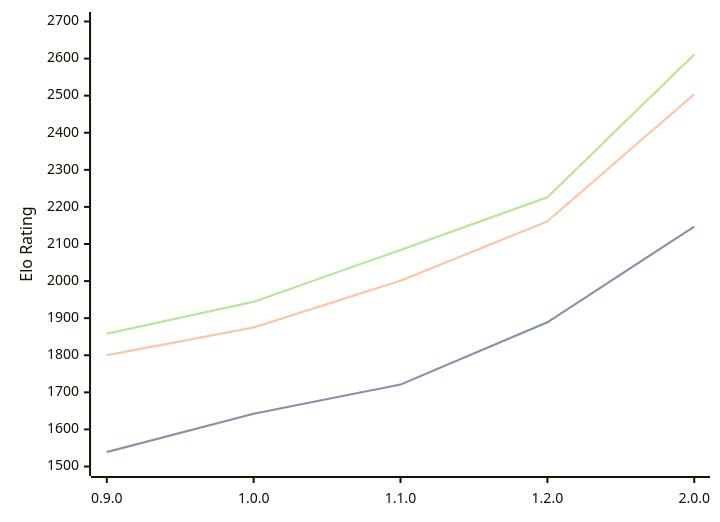
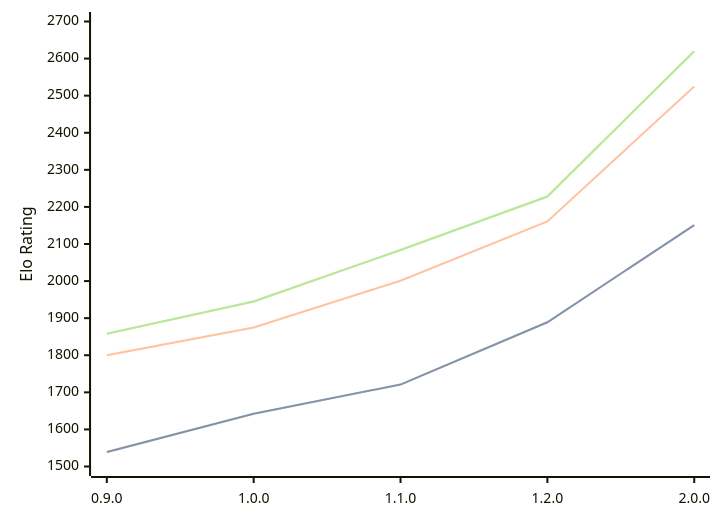
One commit to computer-chess-index/cci changed the third of 3 diagrams in engines/Ratsu.md. Above: the diagram before and after it, drawn with Mermaid. The commit also changed other lines of this file, not shown here.

Commit message:
Update CCI Ratings (ELO VLTC) - 2026-06-24

````diff
--- a/engines/Ratsu.md
+++ b/engines/Ratsu.md
@@ -68,11 +68,11 @@
 ```mermaid
 %%{init: {"theme":"base","themeVariables":{"seriesColors:['#a3a3a3','#222221','#faa371']}}}%%
 xychart-beta
   x-axis ["0.9.0", "1.0.0", "1.1.0", "1.2.0", "2.0.0"]
   y-axis "Elo Rating" 1500 --> 2700
-  line "STC (8.0+0.08s)" [1539, 1642, 1721, 1889, 2147]
-  line "STC (8.0+0.08s)" [1539, 1642, 1721, 1889, 2147]
-  line "LTC (60.0+0.60s)" [1800, 1875, 2001, 2161, 2504]
-  line "VLTC (2m24s+1.12s)" [1858, 1944, 2084, 2226, 2611]
-  line "VLTC (2m24s+1.12s)" [1858, 1944, 2084, 2226, 2611]
+  line "STC (8.0+0.08s)" [1539, 1642, 1721, 1889, 2151]
+  line "STC (8.0+0.08s)" [1539, 1642, 1721, 1889, 2151]
+  line "LTC (60.0+0.60s)" [1800, 1875, 2001, 2161, 2525]
+  line "VLTC (2m24s+1.12s)" [1858, 1945, 2084, 2228, 2620]
+  line "VLTC (2m24s+1.12s)" [1858, 1945, 2084, 2228, 2620]
 ```
````
